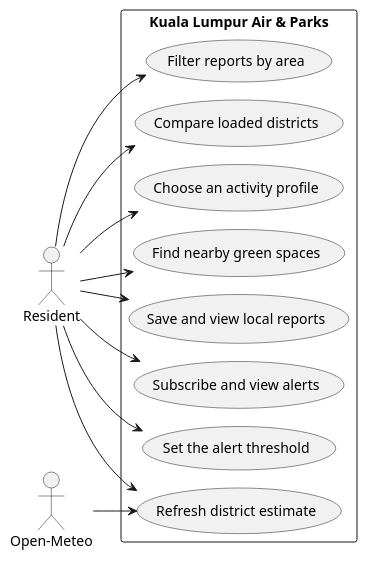
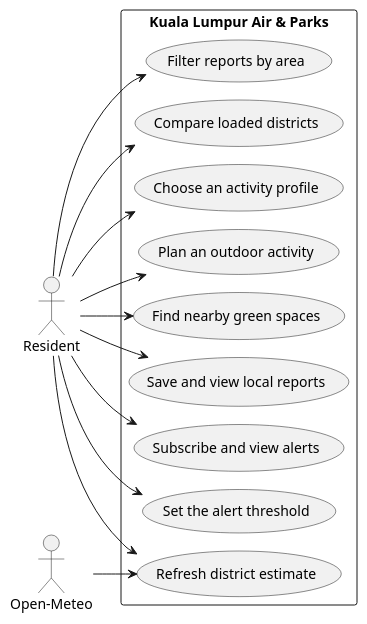
Before and after one commit to ThatsNolz/csc61204-kl-air-and-parks: the diagram in diagrams/use-cases.puml, drawn with PlantUML. The commit also changed 27 other files, not shown here.

First line of the commit message:
Regenerate the diagrams and documentation from the redesigned source

```diff
--- a/diagrams/use-cases.puml
+++ b/diagrams/use-cases.puml
@@ -1,26 +1,28 @@
 @startuml
 !pragma layout smetana
 skinparam monochrome true
 left to right direction
 actor Resident
 actor "Open-Meteo" as Provider
 rectangle "Kuala Lumpur Air & Parks" {
   usecase "Refresh district estimate" as Refresh
   usecase "Compare loaded districts" as Compare
   usecase "Choose an activity profile" as Profile
+  usecase "Plan an outdoor activity" as Plan
   usecase "Find nearby green spaces" as Parks
   usecase "Save and view local reports" as Report
   usecase "Subscribe and view alerts" as Alert
   usecase "Set the alert threshold" as Threshold
   usecase "Filter reports by area" as Filter
 }
 Resident --> Refresh
 Resident --> Compare
 Resident --> Profile
+Resident --> Plan
 Resident --> Parks
 Resident --> Report
 Resident --> Alert
 Resident --> Threshold
 Resident --> Filter
 Provider --> Refresh
 @enduml
```
